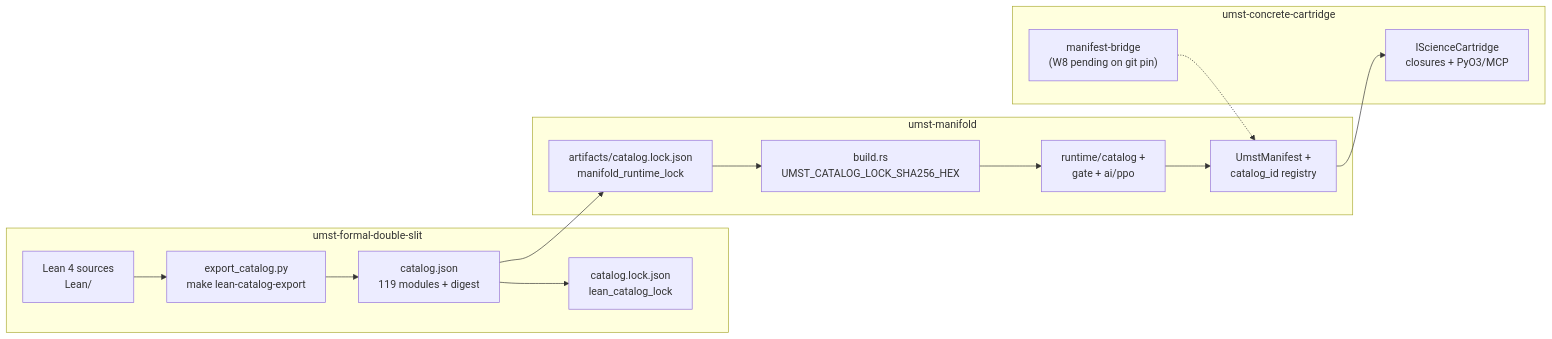
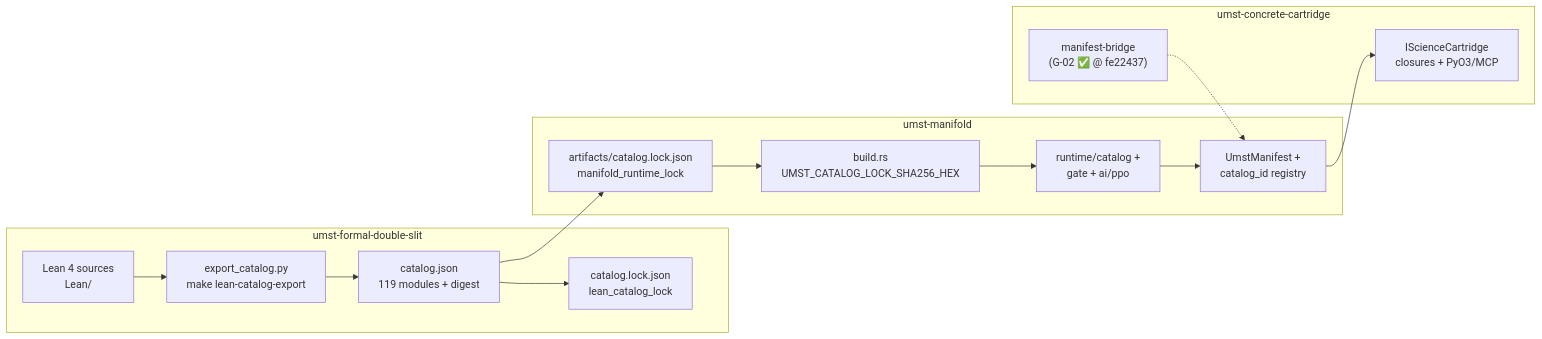
Before and after one commit to tytolabs/umst-manifold: the diagram in docs/FORMAL_BIDIRECTIONAL_ALIGNMENT.md, drawn with Mermaid. The commit also changed other lines of this file and 15 other files, not shown here.

````diff
--- a/docs/FORMAL_BIDIRECTIONAL_ALIGNMENT.md
+++ b/docs/FORMAL_BIDIRECTIONAL_ALIGNMENT.md
@@ -48,25 +48,25 @@
 ```mermaid
 flowchart LR
   subgraph formal ["umst-formal-double-slit"]
     Lean["Lean 4 sources\nLean/"]
     Export["export_catalog.py\nmake lean-catalog-export"]
     CatFull["catalog.json\n119 modules + digest"]
     CatLockFormal["catalog.lock.json\nlean_catalog_lock"]
   end
   subgraph manifold ["umst-manifold"]
     Lock["artifacts/catalog.lock.json\nmanifold_runtime_lock"]
     Build["build.rs\nUMST_CATALOG_LOCK_SHA256_HEX"]
     Runtime["runtime/catalog +\ngate + ai/ppo"]
     Manifest["UmstManifest +\ncatalog_id registry"]
   end
   subgraph applied ["umst-concrete-cartridge"]
     Cartridge["IScienceCartridge\nclosures + PyO3/MCP"]
-    Bridge["manifest-bridge\n(W8 pending on git pin)"]
+    Bridge["manifest-bridge\n(G-02 ✅ @ fe22437)"]
   end
   Lean --> Export --> CatFull --> CatLockFormal
   CatFull --> Lock
   Lock --> Build --> Runtime
   Runtime --> Manifest
   Manifest --> Cartridge
   Bridge -.-> Manifest
 ```
````
